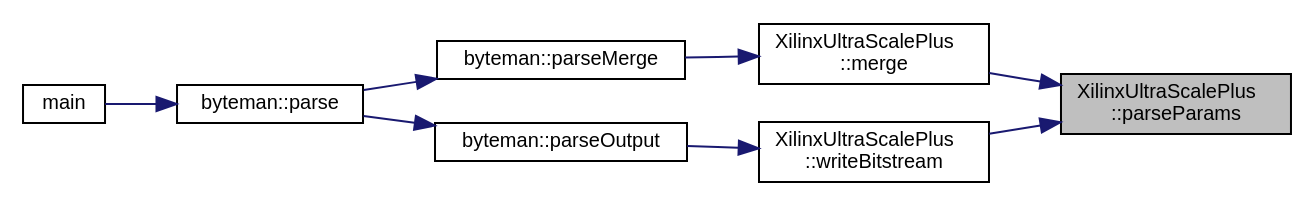
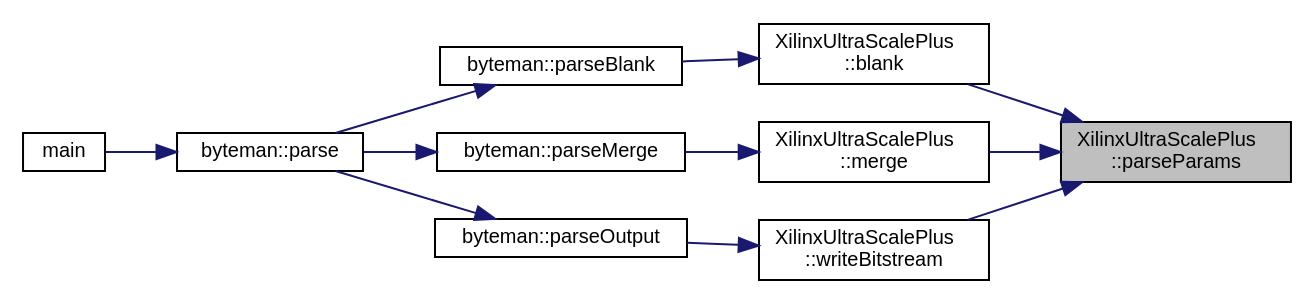
The diagram in classXilinxUltraScalePlus_aafd36c932d3c93bac078997a32ca8bc6_icgraph.dot (FPGA-Research-Manchester/byteman), drawn with Graphviz before and after one commit. The commit also changed 231 other files, not shown here.

```diff
--- a/classXilinxUltraScalePlus_aafd36c932d3c93bac078997a32ca8bc6_icgraph.dot
+++ b/classXilinxUltraScalePlus_aafd36c932d3c93bac078997a32ca8bc6_icgraph.dot
@@ -1,22 +1,27 @@
 digraph "XilinxUltraScalePlus::parseParams"
 {
  // INTERACTIVE_SVG=YES
  // LATEX_PDF_SIZE
   edge [fontname="Helvetica",fontsize="10",labelfontname="Helvetica",labelfontsize="10"];
   node [fontname="Helvetica",fontsize="10",shape=record];
   rankdir="RL";
   Node1 [label="XilinxUltraScalePlus\l::parseParams",height=0.2,width=0.4,color="black", fillcolor="grey75", style="filled", fontcolor="black",tooltip=" "];
   Node1 -> Node2 [dir="back",color="midnightblue",fontsize="10",style="solid",fontname="Helvetica"];
-  Node2 [label="XilinxUltraScalePlus\l::merge",height=0.2,width=0.4,color="black", fillcolor="white", style="filled",URL="$classXilinxUltraScalePlus.html#aa0e0292dad364e72a422f4733f5ca207",tooltip=" "];
+  Node2 [label="XilinxUltraScalePlus\l::blank",height=0.2,width=0.4,color="black", fillcolor="white", style="filled",URL="$classXilinxUltraScalePlus.html#a15434be327a556f42ae679ad8715f876",tooltip=" "];
   Node2 -> Node3 [dir="back",color="midnightblue",fontsize="10",style="solid",fontname="Helvetica"];
-  Node3 [label="byteman::parseMerge",height=0.2,width=0.4,color="black", fillcolor="white", style="filled",URL="$classbyteman.html#a012f7c0279dac10df52f2e7927a8bfef",tooltip=" "];
+  Node3 [label="byteman::parseBlank",height=0.2,width=0.4,color="black", fillcolor="white", style="filled",URL="$classbyteman.html#afb42b36016cdfadc1ef23800d674f9c0",tooltip=" "];
   Node3 -> Node4 [dir="back",color="midnightblue",fontsize="10",style="solid",fontname="Helvetica"];
   Node4 [label="byteman::parse",height=0.2,width=0.4,color="black", fillcolor="white", style="filled",URL="$classbyteman.html#a0ce0e992678e3f8b51cc5e01cea14ddb",tooltip=" "];
   Node4 -> Node5 [dir="back",color="midnightblue",fontsize="10",style="solid",fontname="Helvetica"];
   Node5 [label="main",height=0.2,width=0.4,color="black", fillcolor="white", style="filled",URL="$byteman_8cpp.html#a0ddf1224851353fc92bfbff6f499fa97",tooltip=" "];
   Node1 -> Node6 [dir="back",color="midnightblue",fontsize="10",style="solid",fontname="Helvetica"];
-  Node6 [label="XilinxUltraScalePlus\l::writeBitstream",height=0.2,width=0.4,color="black", fillcolor="white", style="filled",URL="$classXilinxUltraScalePlus.html#a7f2a7c34766d004adc6f1cfe1bdd62e7",tooltip=" "];
+  Node6 [label="XilinxUltraScalePlus\l::merge",height=0.2,width=0.4,color="black", fillcolor="white", style="filled",URL="$classXilinxUltraScalePlus.html#aa0e0292dad364e72a422f4733f5ca207",tooltip=" "];
   Node6 -> Node7 [dir="back",color="midnightblue",fontsize="10",style="solid",fontname="Helvetica"];
-  Node7 [label="byteman::parseOutput",height=0.2,width=0.4,color="black", fillcolor="white", style="filled",URL="$classbyteman.html#a2ff1e5c9e9b542e9f74768b296ace32f",tooltip=" "];
+  Node7 [label="byteman::parseMerge",height=0.2,width=0.4,color="black", fillcolor="white", style="filled",URL="$classbyteman.html#a012f7c0279dac10df52f2e7927a8bfef",tooltip=" "];
   Node7 -> Node4 [dir="back",color="midnightblue",fontsize="10",style="solid",fontname="Helvetica"];
+  Node1 -> Node8 [dir="back",color="midnightblue",fontsize="10",style="solid",fontname="Helvetica"];
+  Node8 [label="XilinxUltraScalePlus\l::writeBitstream",height=0.2,width=0.4,color="black", fillcolor="white", style="filled",URL="$classXilinxUltraScalePlus.html#a7f2a7c34766d004adc6f1cfe1bdd62e7",tooltip=" "];
+  Node8 -> Node9 [dir="back",color="midnightblue",fontsize="10",style="solid",fontname="Helvetica"];
+  Node9 [label="byteman::parseOutput",height=0.2,width=0.4,color="black", fillcolor="white", style="filled",URL="$classbyteman.html#a2ff1e5c9e9b542e9f74768b296ace32f",tooltip=" "];
+  Node9 -> Node4 [dir="back",color="midnightblue",fontsize="10",style="solid",fontname="Helvetica"];
 }
```
